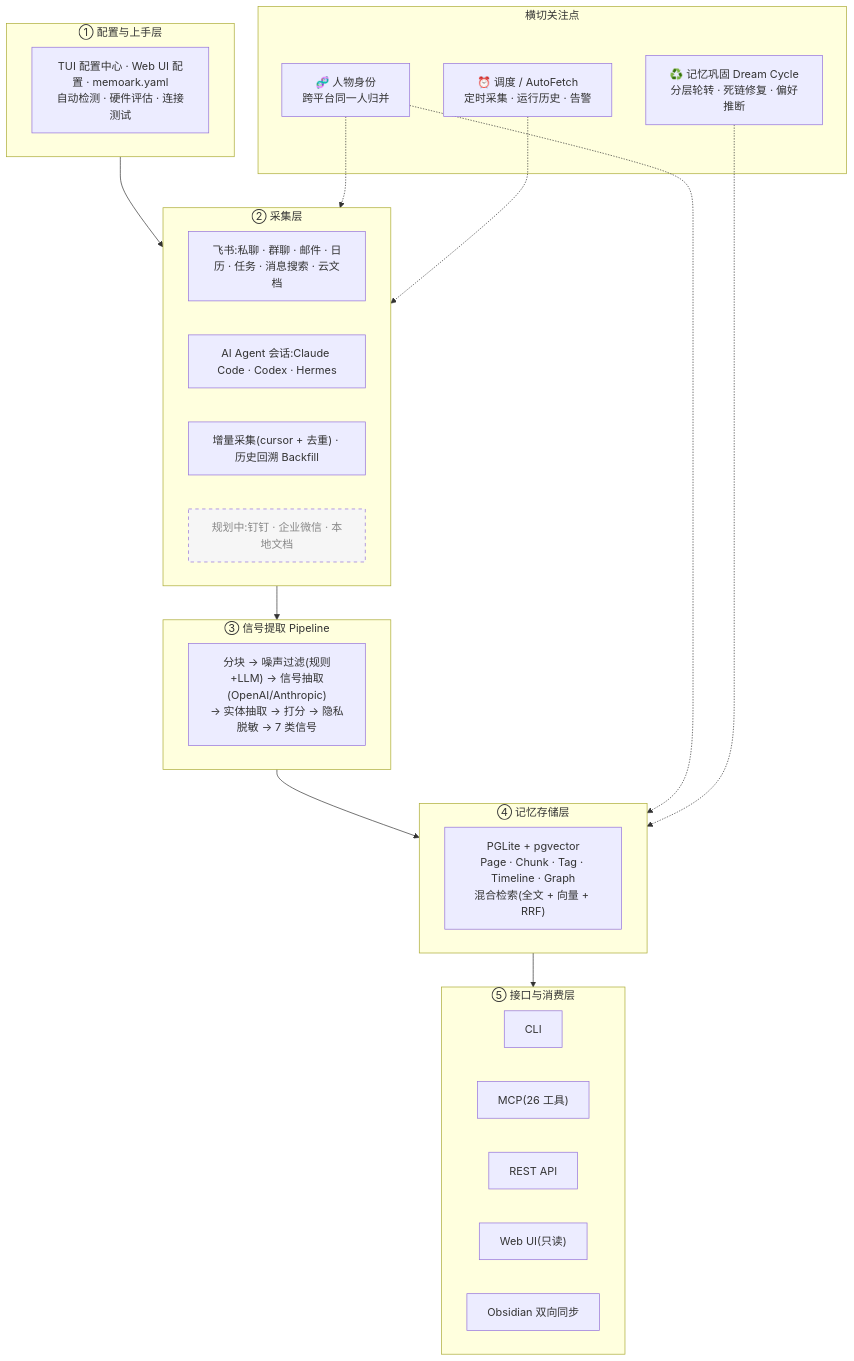
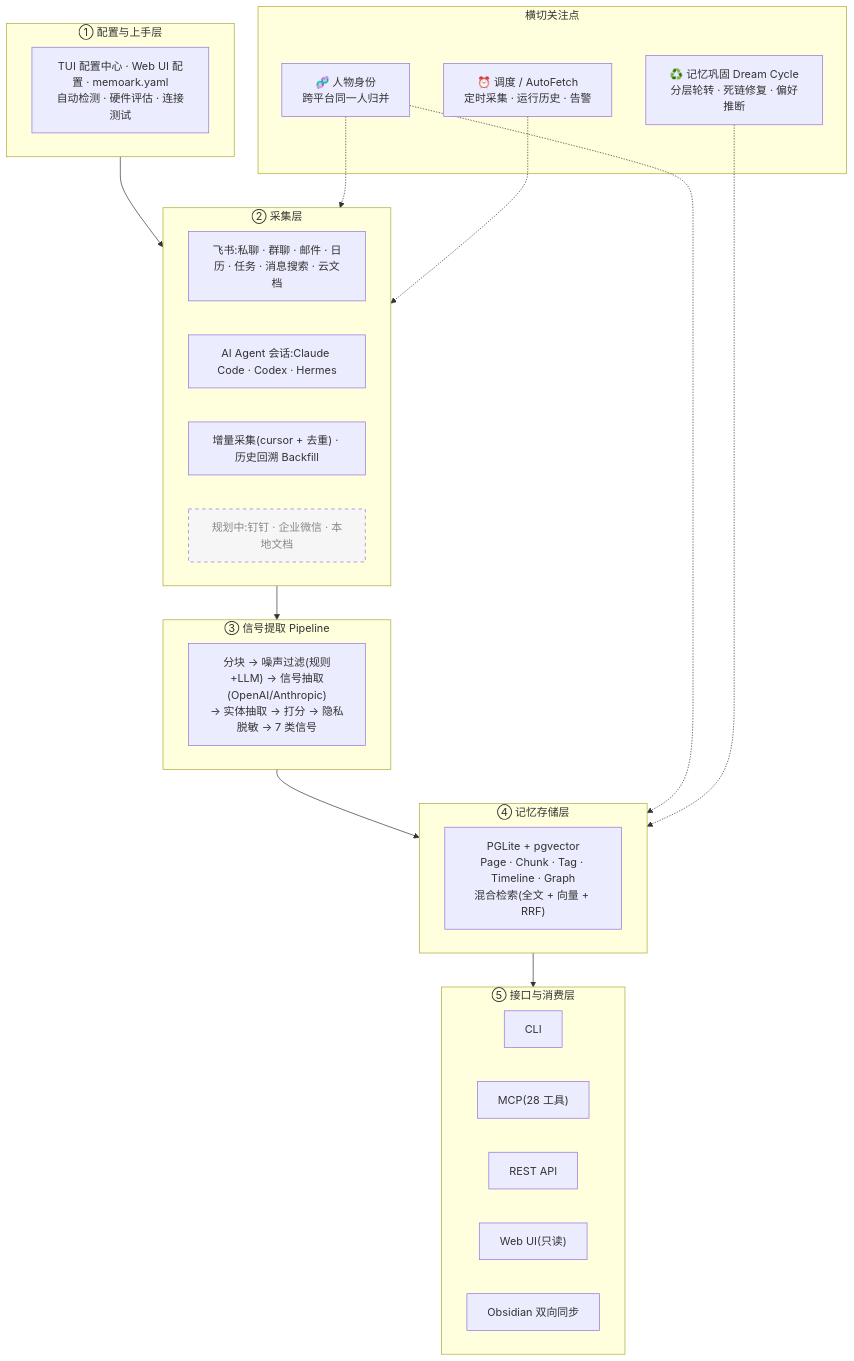
Before and after one commit to AndreLYL/memkin: the diagram in README.md, drawn with Mermaid. The commit also changed other lines of this file and 1 other file, not shown here.

Commit message:
docs(readme): add synthesize/recall to tools + roadmap

````diff
--- a/README.md
+++ b/README.md
@@ -482,40 +482,40 @@
 ```mermaid
 flowchart TB
   subgraph L1["① 配置与上手层"]
     cfg["TUI 配置中心 · Web UI 配置 · memoark.yaml<br/>自动检测 · 硬件评估 · 连接测试"]
   end
   subgraph L2["② 采集层"]
     feishu["飞书:私聊 · 群聊 · 邮件 · 日历 · 任务 · 消息搜索 · 云文档"]
     agent["AI Agent 会话:Claude Code · Codex · Hermes"]
     inc["增量采集(cursor + 去重) · 历史回溯 Backfill"]
     planned1["规划中:钉钉 · 企业微信 · 本地文档"]:::planned
   end
   subgraph L3["③ 信号提取 Pipeline"]
     pipe["分块 → 噪声过滤(规则+LLM) → 信号抽取(OpenAI/Anthropic)<br/>→ 实体抽取 → 打分 → 隐私脱敏 → 7 类信号"]
   end
   subgraph L4["④ 记忆存储层"]
     store["PGLite + pgvector<br/>Page · Chunk · Tag · Timeline · Graph<br/>混合检索(全文 + 向量 + RRF)"]
   end
   subgraph L5["⑤ 接口与消费层"]
     cli["CLI"]
-    mcp["MCP(26 工具)"]
+    mcp["MCP(28 工具)"]
     rest["REST API"]
     web["Web UI(只读)"]
     obs["Obsidian 双向同步"]
   end
 
   L1 --> L2 --> L3 --> L4 --> L5
 
   subgraph X["横切关注点"]
     id["🧬 人物身份<br/>跨平台同一人归并"]
     cons["♻️ 记忆巩固 Dream Cycle<br/>分层轮转 · 死链修复 · 偏好推断"]
     sched["⏰ 调度 / AutoFetch<br/>定时采集 · 运行历史 · 告警"]
   end
 
   id -.-> L2
   id -.-> L4
   cons -.-> L4
   sched -.-> L2
 
   classDef planned stroke-dasharray: 5 5,fill:#f6f6f6,color:#888;
 ```
````
